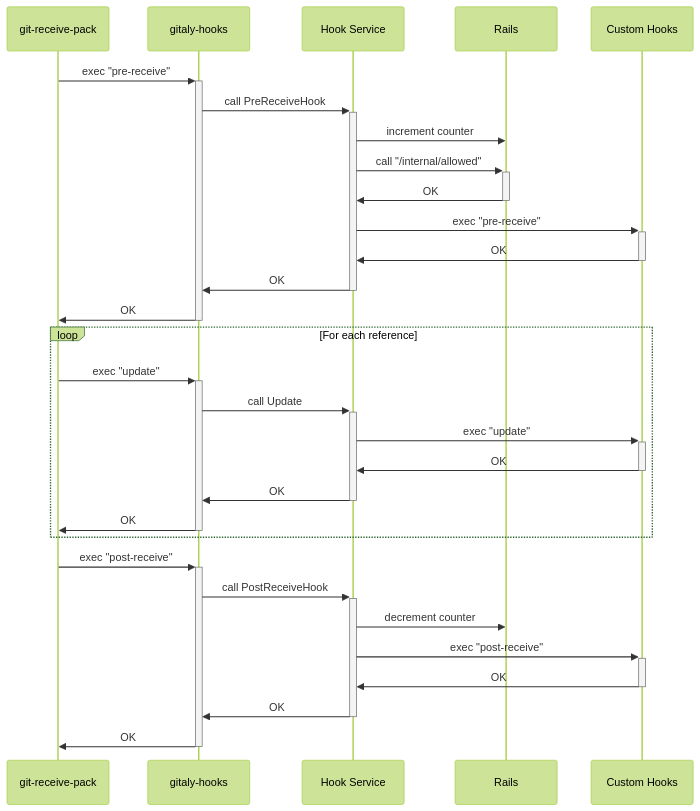
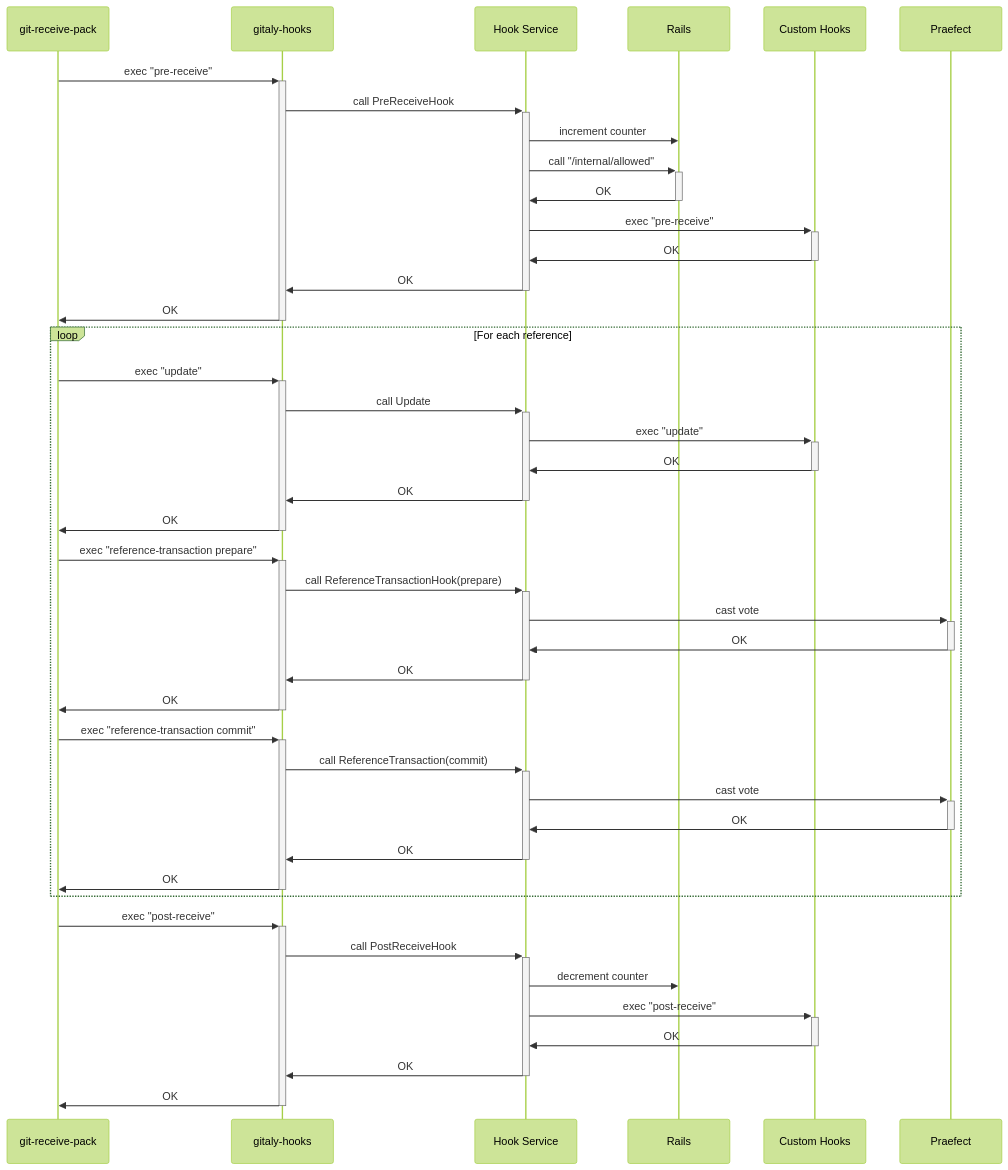
One commit to zhangshuyun/gitaly changed the first of 2 diagrams in doc/hooks.md. Above: the diagram before and after it, drawn with Mermaid (forest theme). The commit also changed other lines of this file, not shown here.

First line of the commit message:
doc: Document reference-transaction hook

````diff
--- a/doc/hooks.md
+++ b/doc/hooks.md
@@ -129,29 +170,43 @@
 ```mermaid
 sequenceDiagram
     git-receive-pack->>+gitaly-hooks: exec "pre-receive"
     gitaly-hooks->>+Hook Service: call PreReceiveHook
     Hook Service->>Rails: increment counter
     Hook Service->>+Rails: call "/internal/allowed"
     Rails->>-Hook Service: OK
     Hook Service->>+Custom Hooks: exec "pre-receive"
     Custom Hooks->>-Hook Service: OK
     Hook Service->>-gitaly-hooks: OK
     gitaly-hooks->>-git-receive-pack: OK
 
     loop For each reference
         git-receive-pack->>+gitaly-hooks: exec "update"
         gitaly-hooks->>+Hook Service: call Update
         Hook Service->>+Custom Hooks: exec "update"
         Custom Hooks->>-Hook Service: OK
         Hook Service->>-gitaly-hooks: OK
         gitaly-hooks->>-git-receive-pack: OK
+
+        git-receive-pack->>+gitaly-hooks: exec "reference-transaction prepare"
+        gitaly-hooks->>+Hook Service: call ReferenceTransactionHook(prepare)
+        Hook Service->>+Praefect: cast vote
+        Praefect->>-Hook Service: OK
+        Hook Service->>-gitaly-hooks: OK
+        gitaly-hooks->>-git-receive-pack: OK
+
+        git-receive-pack->>+gitaly-hooks: exec "reference-transaction commit"
+        gitaly-hooks->>+Hook Service: call ReferenceTransaction(commit)
+        Hook Service->>+Praefect: cast vote
+        Praefect->>-Hook Service: OK
+        Hook Service->>-gitaly-hooks: OK
+        gitaly-hooks->>-git-receive-pack: OK
     end
 
     git-receive-pack->>+gitaly-hooks: exec "post-receive"
     gitaly-hooks->>+Hook Service: call PostReceiveHook
     Hook Service->>Rails: decrement counter
     Hook Service->>+Custom Hooks: exec "post-receive"
     Custom Hooks->>-Hook Service: OK
     Hook Service->>-gitaly-hooks: OK
     gitaly-hooks->>-git-receive-pack: OK
 ```
````
